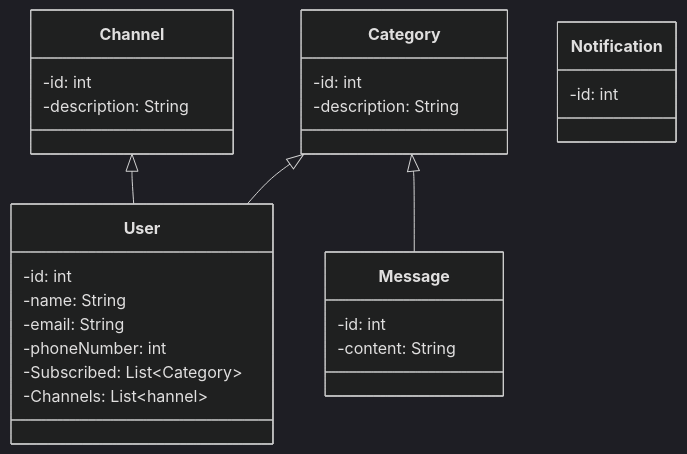
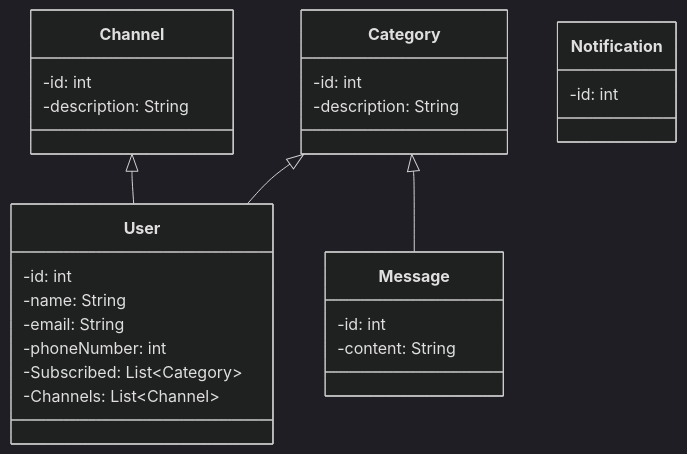
One commit to mozart-martins/gila-software-coding-challenge changed the diagram in README.md. Above: the diagram before and after it, drawn with Mermaid (dark theme).

````diff
--- a/README.md
+++ b/README.md
@@ -68,29 +68,29 @@
 ```mermaid
 classDiagram
 Channel <|-- User
 Category <|-- User
 Category <|-- Message
 class Channel{
 	-id: int
 	-description: String
 }
 class Category{
 	-id: int
 	-description: String
 }
 class User{
 	-id: int
 	-name: String
 	-email: String
 	-phoneNumber: int
 	-Subscribed: List~Category~
-	-Channels: List~hannel~
+	-Channels: List~Channel~
 }
 class Message{
 	-id: int
 	-content: String
 }
 class Notification{
 	-id: int
 }
 ```
````
